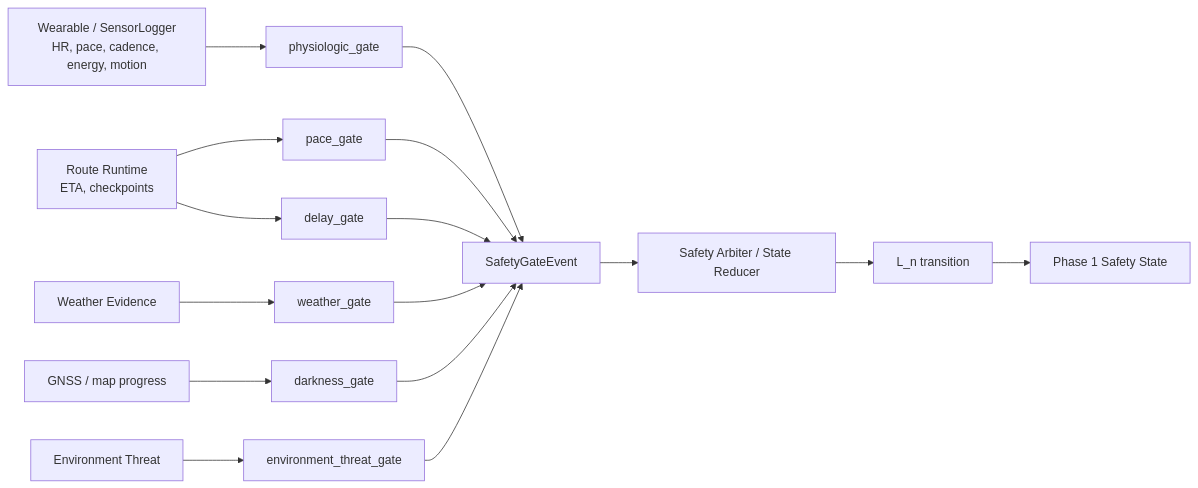
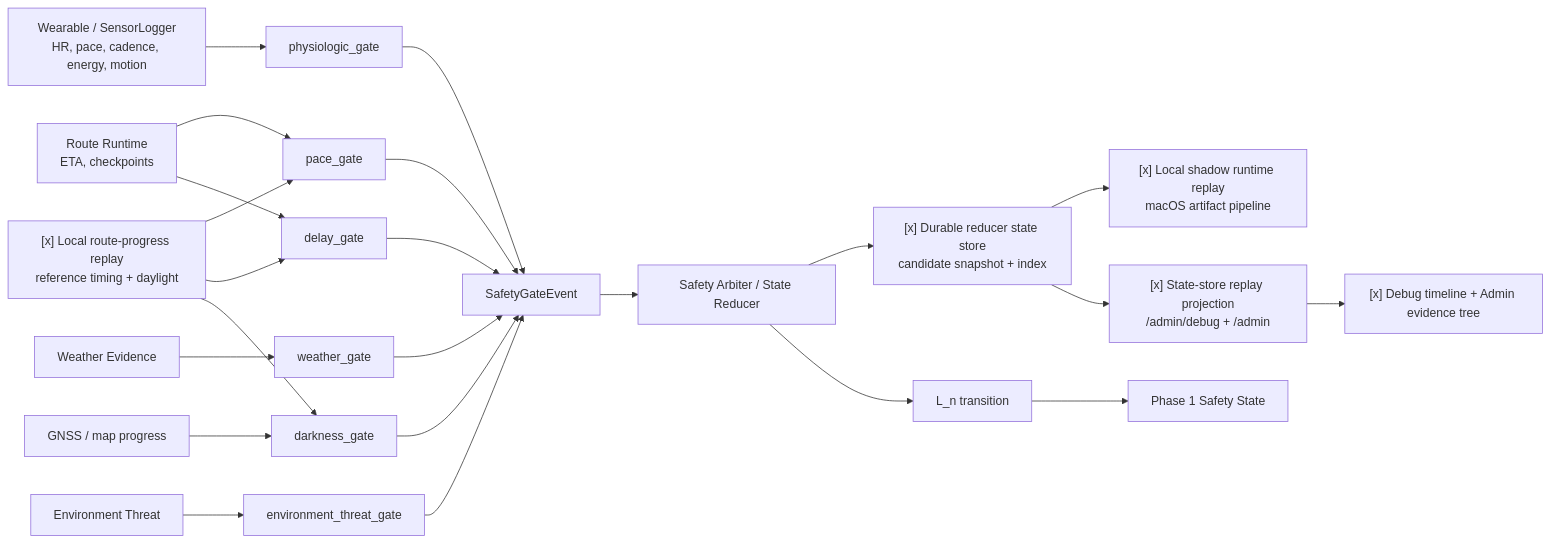
One commit to alexwang0315/Scout changed the diagram in docs/specs/SCOUT_OUTDOOR_AI_AGENT_STANDARD.md. Above: the diagram before and after it, drawn with Mermaid. The commit also changed other lines of this file and 19 other files, not shown here.

Commit message:
feat: add runtime safety replay pipeline

````diff
--- a/docs/specs/SCOUT_OUTDOOR_AI_AGENT_STANDARD.md
+++ b/docs/specs/SCOUT_OUTDOOR_AI_AGENT_STANDARD.md
@@ -362,20 +375,27 @@
 ```mermaid
 flowchart LR
   Wearable["Wearable / SensorLogger<br/>HR, pace, cadence, energy, motion"] --> Physio["physiologic_gate"]
   Route["Route Runtime<br/>ETA, checkpoints"] --> Pace["pace_gate"]
   Route --> Delay["delay_gate"]
+  RouteReplay["[x] Local route-progress replay<br/>reference timing + daylight"] --> Pace
+  RouteReplay --> Delay
   Weather["Weather Evidence"] --> WeatherGate["weather_gate"]
   GNSS["GNSS / map progress"] --> Darkness["darkness_gate"]
+  RouteReplay --> Darkness
   Env["Environment Threat"] --> Threat["environment_threat_gate"]
 
   Physio --> Event["SafetyGateEvent"]
   Pace --> Event
   Delay --> Event
   WeatherGate --> Event
   Darkness --> Event
   Threat --> Event
 
   Event --> Reducer["Safety Arbiter / State Reducer"]
+  Reducer --> Store["[x] Durable reducer state store<br/>candidate snapshot + index"]
+  Store --> Shadow["[x] Local shadow runtime replay<br/>macOS artifact pipeline"]
+  Store --> StoreProjection["[x] State-store replay projection<br/>/admin/debug + /admin"]
+  StoreProjection --> AdminDebug["[x] Debug timeline + Admin evidence tree"]
   Reducer --> Ln["L_n transition"]
   Ln --> Phase1["Phase 1 Safety State"]
 ```
````
